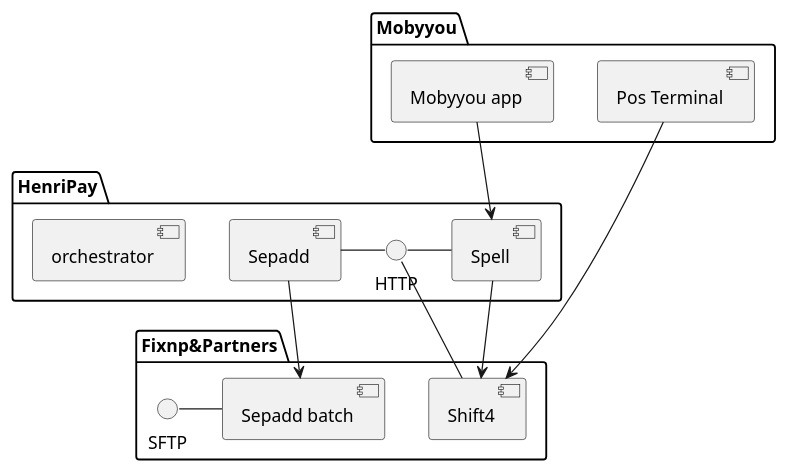
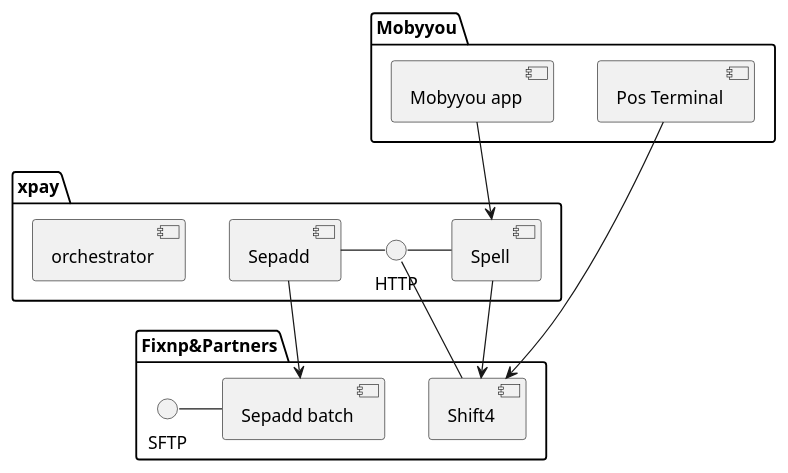
The diagram in src/main/resources/sequences/arena/architecture.puml (saidkhalfaoui/xpay), drawn with PlantUML before and after one commit. The commit also changed 554 other files, not shown here.

```diff
--- a/src/main/resources/sequences/arena/architecture.puml
+++ b/src/main/resources/sequences/arena/architecture.puml
@@ -1,30 +1,30 @@
 @startuml
 'https://plantuml.com/component-diagram
 
 
 package "Mobyyou" {
    [Mobyyou app]
   [Pos Terminal]
 }
 
-package "HenriPay" {
+package "xpay" {
   HTTP -[Spell]
   HTTP -[Sepadd]
   [orchestrator]
 }
 
 package Fixnp&Partners{
   HTTP -[Shift4]
   SFTP -[Sepadd batch]
 }
 
 
 
 
 
 [Sepadd] --> [Sepadd batch]
 [Pos Terminal] --> [Shift4]
 [Spell] --> [Shift4]
 [Mobyyou app] --> [Spell]
 
 @enduml
```
